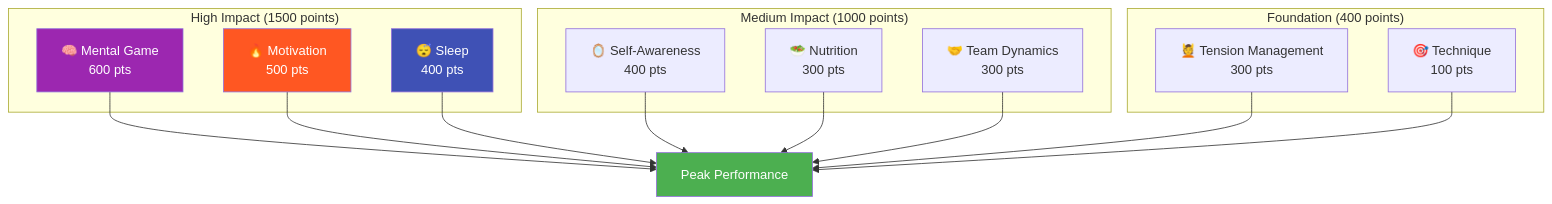
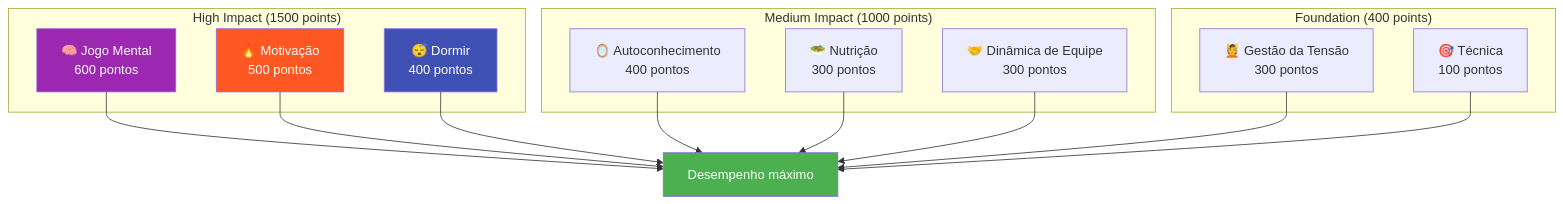
Before and after one commit to patwii/petanque-academy: the diagram in docs/pt/ambition.md, drawn with Mermaid. The commit also changed other lines of this file and 550 other files, not shown here.

````diff
--- a/docs/pt/ambition.md
+++ b/docs/pt/ambition.md
@@ -13,33 +13,33 @@
 ```mermaid
 graph TD
     subgraph "High Impact (1500 points)"
-        A[🧠 Mental Game<br/>600 pts]
-        B[🔥 Motivation<br/>500 pts]
-        C[😴 Sleep<br/>400 pts]
+        A[🧠 Jogo Mental <br/> 600 pontos]
+        B[🔥 Motivação <br/> 500 pontos]
+        C[😴 Dormir <br/> 400 pontos]
     end
 
     subgraph "Medium Impact (1000 points)"
-        D[🪞 Self-Awareness<br/>400 pts]
-        E[🥗 Nutrition<br/>300 pts]
-        F[🤝 Team Dynamics<br/>300 pts]
+        D[🪞 Autoconhecimento <br/> 400 pontos]
+        E[🥗 Nutrição <br/> 300 pontos]
+        F[🤝 Dinâmica de Equipe <br/> 300 pontos]
     end
 
     subgraph "Foundation (400 points)"
-        G[💆 Tension Management<br/>300 pts]
-        H[🎯 Technique<br/>100 pts]
+        G[💆 Gestão da Tensão <br/> 300 pontos]
+        H[🎯 Técnica <br/> 100 pontos]
     end
 
-    A --> I[Peak Performance]
+    A --> I[Desempenho máximo]
     B --> I
     C --> I
     D --> I
     E --> I
     F --> I
     G --> I
     H --> I
 
     style A fill:#9C27B0,color:#fff
     style B fill:#FF5722,color:#fff
     style C fill:#3F51B5,color:#fff
     style I fill:#4CAF50,color:#fff
 ```
````
